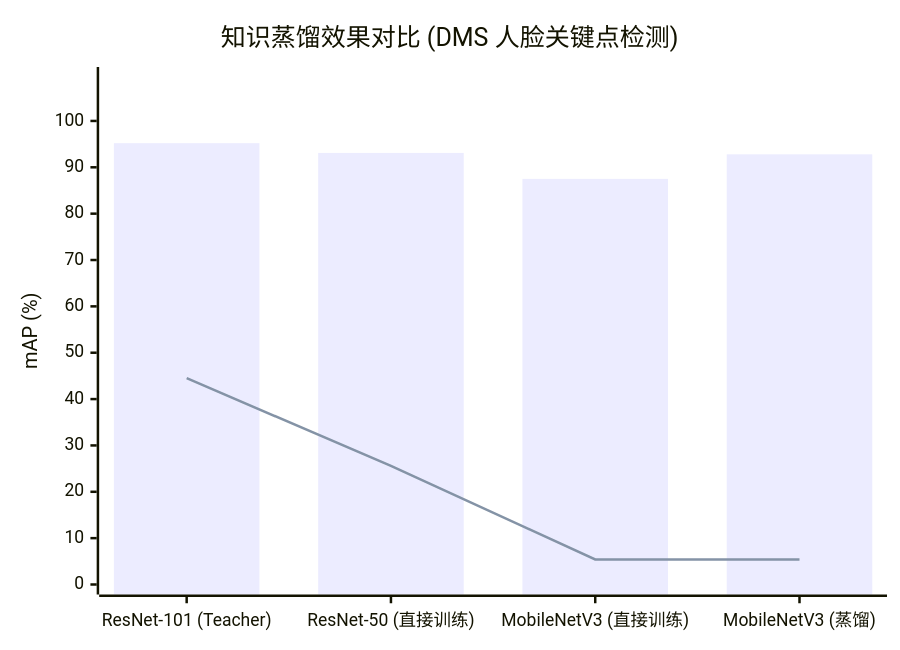
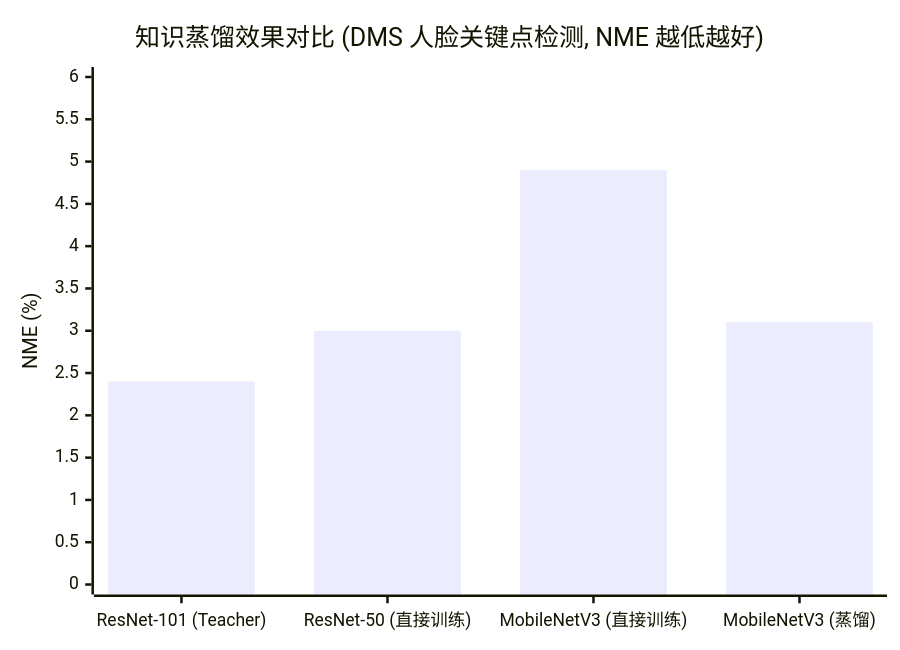
The third of 5 diagrams in cockpit/general/training.md (ranpin/edge-ai-docs), drawn with Mermaid before and after one commit. The commit also changed other lines of this file and 13 other files, not shown here.

````diff
--- a/cockpit/general/training.md
+++ b/cockpit/general/training.md
@@ -132,8 +143,7 @@
 ```mermaid
 xychart-beta
-    title "知识蒸馏效果对比 (DMS 人脸关键点检测)"
+    title "知识蒸馏效果对比 (DMS 人脸关键点检测, NME 越低越好)"
     x-axis ["ResNet-101 (Teacher)", "ResNet-50 (直接训练)", "MobileNetV3 (直接训练)", "MobileNetV3 (蒸馏)"]
-    y-axis "mAP (%)" 0 --> 109.48
-    bar [95.2, 93.1, 87.5, 92.8]
-    line [44.5, 25.6, 5.4, 5.4]
+    y-axis "NME (%)" 0 --> 6
+    bar [2.4, 3.0, 4.9, 3.1]
 ```
````
